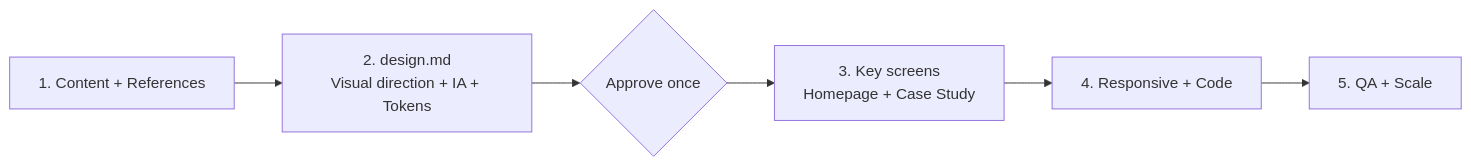
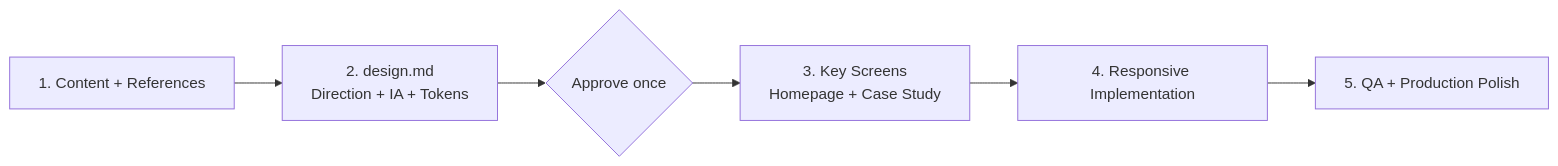
One commit to ellenWang918/portfolio-editorial-ai-workflow changed the second of 2 diagrams in README.md. Above: the diagram before and after it, drawn with Mermaid. The commit also changed other lines of this file, not shown here.

````diff
--- a/README.md
+++ b/README.md
@@ -118,8 +200,8 @@
 ```mermaid
 flowchart LR
-    A[1. Content + References] --> B[2. design.md<br/>Visual direction + IA + Tokens]
+    A[1. Content + References] --> B[2. design.md<br/>Direction + IA + Tokens]
     B --> C{Approve once}
-    C --> D[3. Key screens<br/>Homepage + Case Study]
-    D --> E[4. Responsive + Code]
-    E --> F[5. QA + Scale]
+    C --> D[3. Key Screens<br/>Homepage + Case Study]
+    D --> E[4. Responsive Implementation]
+    E --> F[5. QA + Production Polish]
 ```
````
